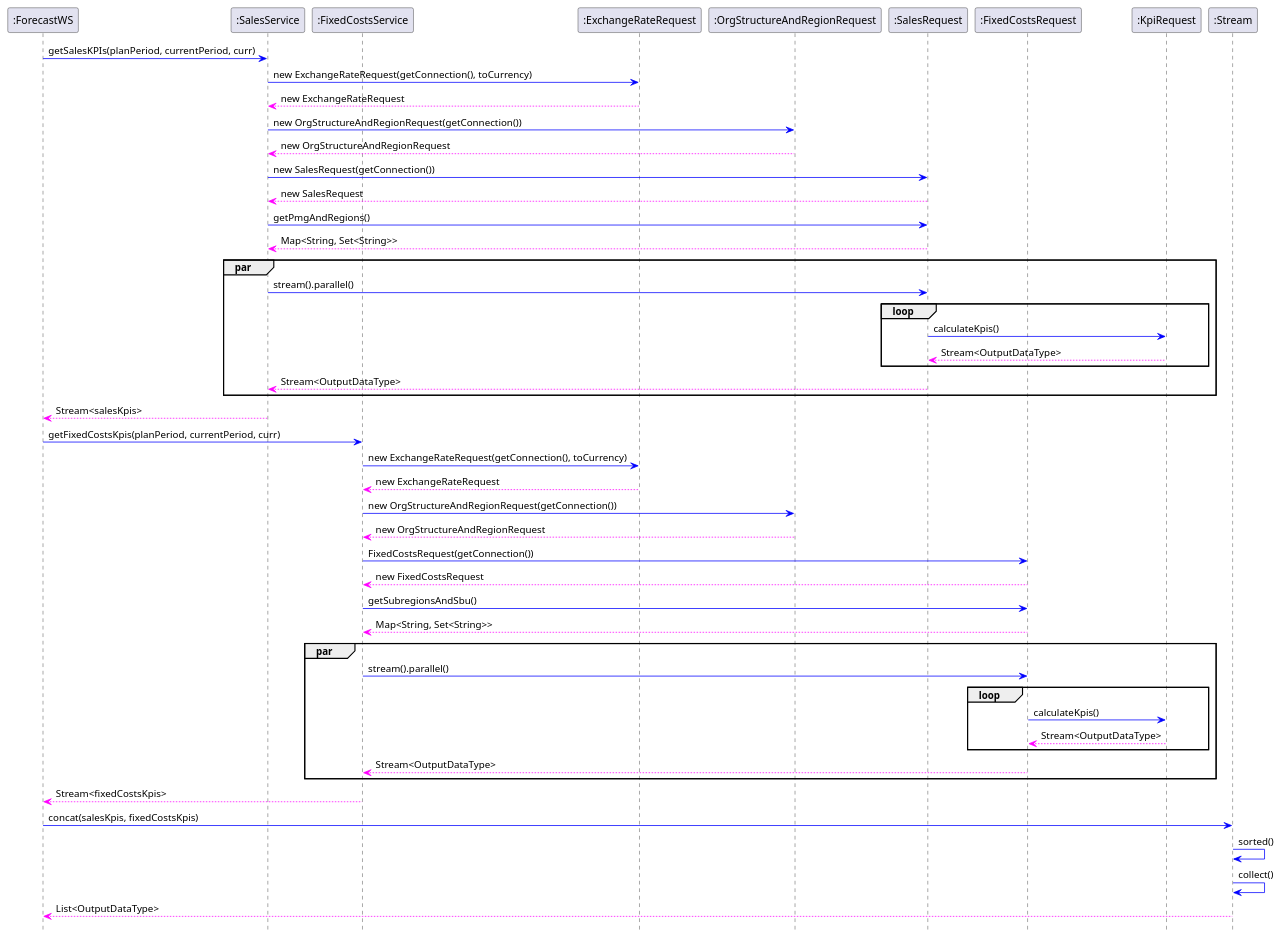
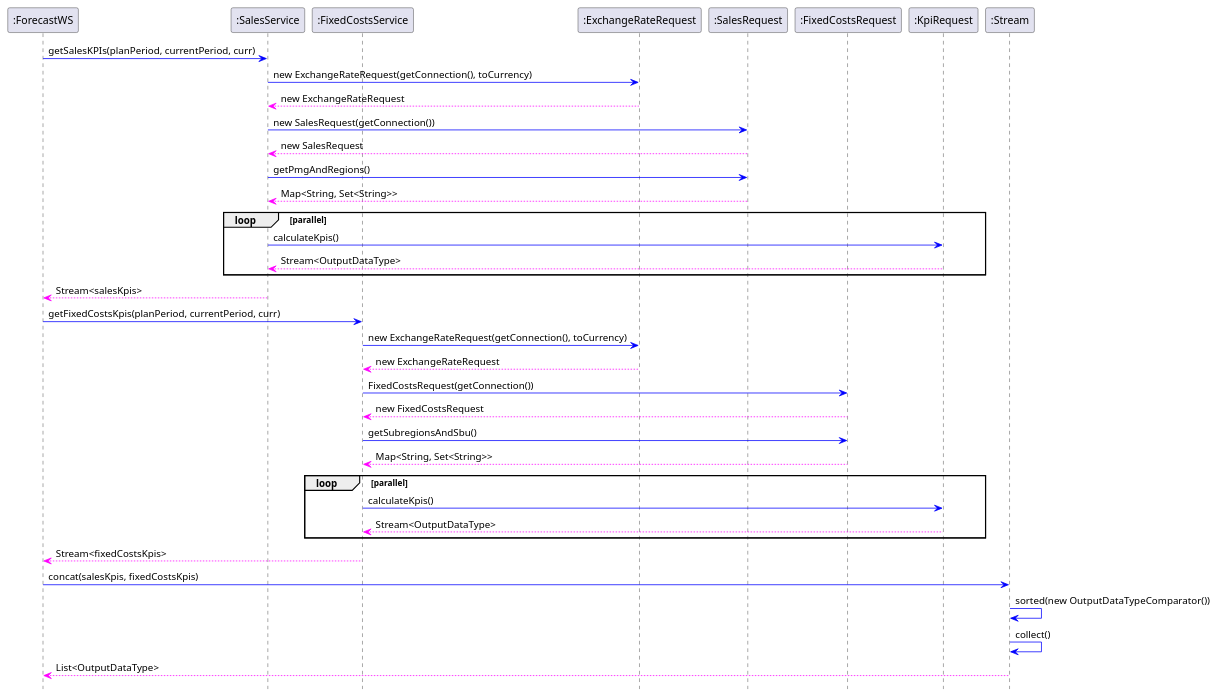
Before and after one commit to wagnst/forecast-cassandra: the diagram in diagrams/sequence/sequence_methods.puml, drawn with PlantUML.

Commit message:
update sequence diagramm

```diff
--- a/diagrams/sequence/sequence_methods.puml
+++ b/diagrams/sequence/sequence_methods.puml
@@ -1,68 +1,45 @@
 @startuml
 
 hide footbox
 participant  ":ForecastWS"
 participant  ":SalesService"
 participant  ":FixedCostsService"
 participant  ":ExchangeRateRequest"
-participant  ":OrgStructureAndRegionRequest"
 participant  ":SalesRequest"
 participant  ":FixedCostsRequest"
 participant  ":KpiRequest"
 participant  ":Stream"
 
 
 
 ":ForecastWS" -[#0000FF]> ":SalesService" : getSalesKPIs(planPeriod, currentPeriod, curr)
 ":SalesService" -[#0000FF]> ":ExchangeRateRequest" : new ExchangeRateRequest(getConnection(), toCurrency)
 ":ExchangeRateRequest" --[#FF00FF]> ":SalesService" : new ExchangeRateRequest
-":SalesService" -[#0000FF]> ":OrgStructureAndRegionRequest" : new OrgStructureAndRegionRequest(getConnection())
-":OrgStructureAndRegionRequest" --[#FF00FF]> ":SalesService" : new OrgStructureAndRegionRequest
 ":SalesService" -[#0000FF]> ":SalesRequest" : new SalesRequest(getConnection())
 ":SalesRequest" --[#FF00FF]> ":SalesService" : new SalesRequest
 ":SalesService" -[#0000FF]> ":SalesRequest" : getPmgAndRegions()
 ":SalesRequest" --[#FF00FF]> ":SalesService" : Map<String, Set<String>>
-par
-    ":SalesService" -[#0000FF]> ":SalesRequest": stream().parallel()
-    loop
-        ":SalesRequest" -[#0000FF]> ":KpiRequest" : calculateKpis()
-        ":KpiRequest"  --[#FF00FF]> ":SalesRequest" : Stream<OutputDataType>
-    end
-    ":SalesRequest" --[#FF00FF]> ":SalesService" : Stream<OutputDataType>
+loop parallel
+    ":SalesService" -[#0000FF]> ":KpiRequest": calculateKpis()
+    ":KpiRequest" --[#FF00FF]> ":SalesService" : Stream<OutputDataType>
 end
 ":SalesService" --[#FF00FF]> ":ForecastWS" : Stream<salesKpis>
-
-
 
 ":ForecastWS" -[#0000FF]> ":FixedCostsService" : getFixedCostsKpis(planPeriod, currentPeriod, curr)
 ":FixedCostsService" -[#0000FF]> ":ExchangeRateRequest" : new ExchangeRateRequest(getConnection(), toCurrency)
 ":ExchangeRateRequest" --[#FF00FF]> ":FixedCostsService" : new ExchangeRateRequest
-":FixedCostsService" -[#0000FF]>  ":OrgStructureAndRegionRequest" : new OrgStructureAndRegionRequest(getConnection())
-":OrgStructureAndRegionRequest" --[#FF00FF]> ":FixedCostsService" : new OrgStructureAndRegionRequest
 ":FixedCostsService" -[#0000FF]> ":FixedCostsRequest" : FixedCostsRequest(getConnection())
 ":FixedCostsRequest" --[#FF00FF]> ":FixedCostsService" : new FixedCostsRequest
 ":FixedCostsService" -[#0000FF]> ":FixedCostsRequest" : getSubregionsAndSbu()
 ":FixedCostsRequest" --[#FF00FF]> ":FixedCostsService" : Map<String, Set<String>>
-par
-    ":FixedCostsService" -[#0000FF]> ":FixedCostsRequest": stream().parallel()
-    loop
-        ":FixedCostsRequest" -[#0000FF]> ":KpiRequest" : calculateKpis()
-        ":KpiRequest"  --[#FF00FF]> ":FixedCostsRequest" : Stream<OutputDataType>
-    end
-    ":FixedCostsRequest" --[#FF00FF]> ":FixedCostsService" : Stream<OutputDataType>
+loop parallel
+    ":FixedCostsService" -[#0000FF]> ":KpiRequest": calculateKpis()
+    ":KpiRequest" --[#FF00FF]> ":FixedCostsService" : Stream<OutputDataType>
 end
 ":FixedCostsService" --[#FF00FF]> ":ForecastWS" : Stream<fixedCostsKpis>
 
-
 ":ForecastWS" -[#0000FF]> ":Stream" : concat(salesKpis, fixedCostsKpis)
-":Stream" -[#0000FF]> ":Stream" : sorted()
+":Stream" -[#0000FF]> ":Stream" : sorted(new OutputDataTypeComparator())
 ":Stream" -[#0000FF]> ":Stream" : collect()
 ":Stream" --[#FF00FF]> ":ForecastWS" : List<OutputDataType>
-
-
-
-
-
-
-
 @enduml
```
